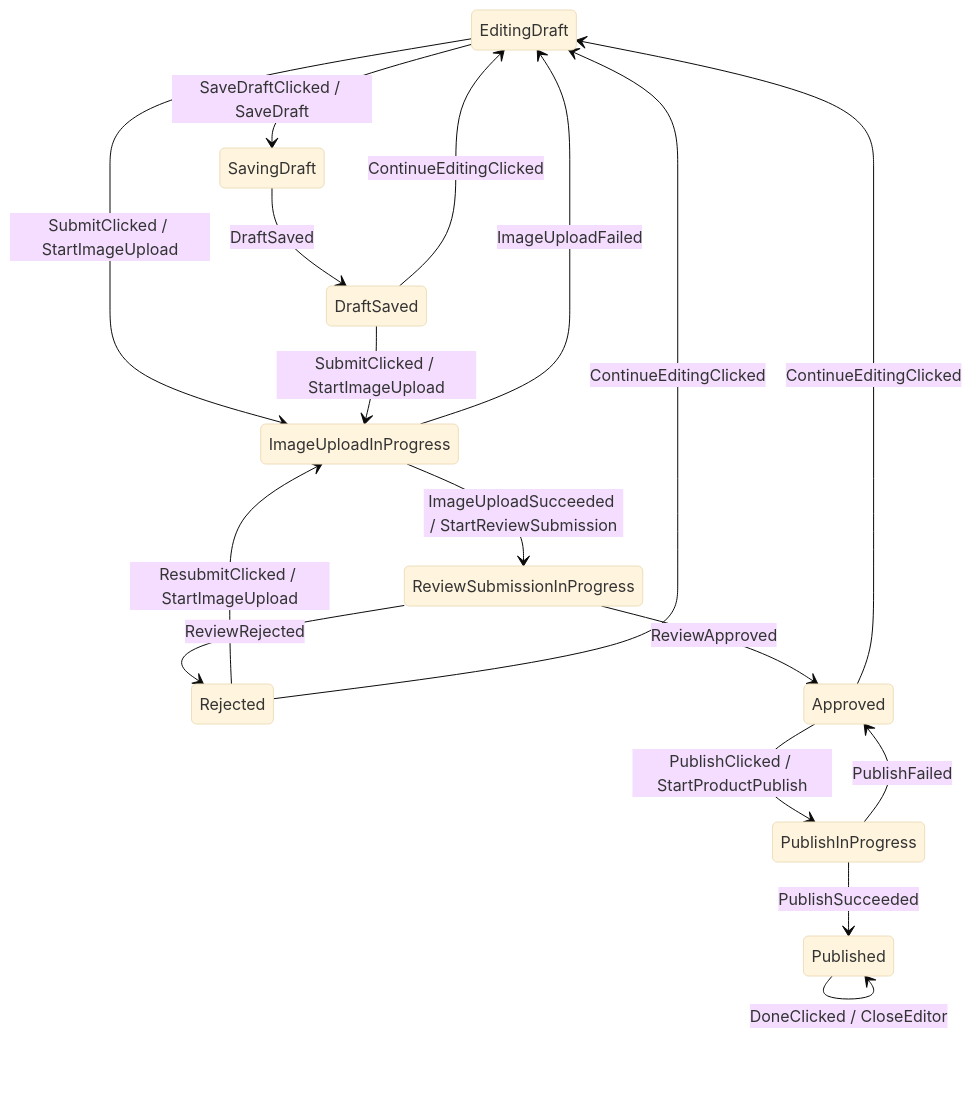
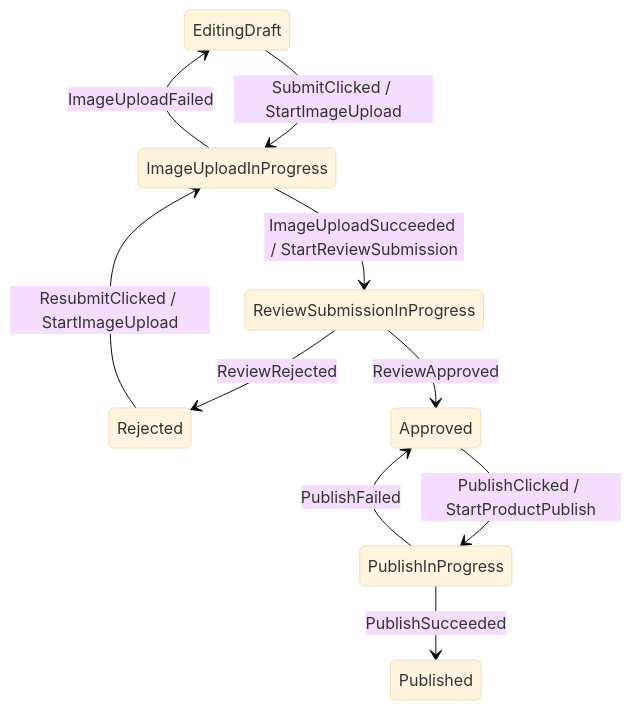
The diagram in wiki/03-engineering/afsm-v3-topology-first-api.md (kez-lab/afsm), drawn with Mermaid (base theme) before and after one commit. The commit also changed other lines of this file and 7 other files, not shown here.

````diff
--- a/wiki/03-engineering/afsm-v3-topology-first-api.md
+++ b/wiki/03-engineering/afsm-v3-topology-first-api.md
@@ -221,19 +348,12 @@
 ```mermaid
 stateDiagram-v2
-  EditingDraft --> SavingDraft: SaveDraftClicked / SaveDraft
-  SavingDraft --> DraftSaved: DraftSaved
-  DraftSaved --> EditingDraft: ContinueEditingClicked
   EditingDraft --> ImageUploadInProgress: SubmitClicked / StartImageUpload
-  DraftSaved --> ImageUploadInProgress: SubmitClicked / StartImageUpload
   ImageUploadInProgress --> ReviewSubmissionInProgress: ImageUploadSucceeded / StartReviewSubmission
   ImageUploadInProgress --> EditingDraft: ImageUploadFailed
   ReviewSubmissionInProgress --> Rejected: ReviewRejected
   Rejected --> ImageUploadInProgress: ResubmitClicked / StartImageUpload
-  Rejected --> EditingDraft: ContinueEditingClicked
   ReviewSubmissionInProgress --> Approved: ReviewApproved
   Approved --> PublishInProgress: PublishClicked / StartProductPublish
-  Approved --> EditingDraft: ContinueEditingClicked
   PublishInProgress --> Published: PublishSucceeded
   PublishInProgress --> Approved: PublishFailed
-  Published --> Published: DoneClicked / CloseEditor
 ```
````
